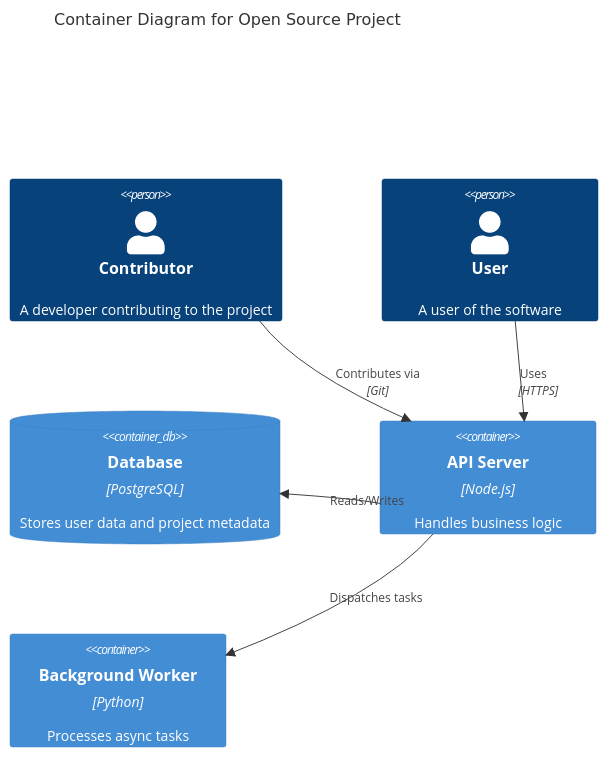
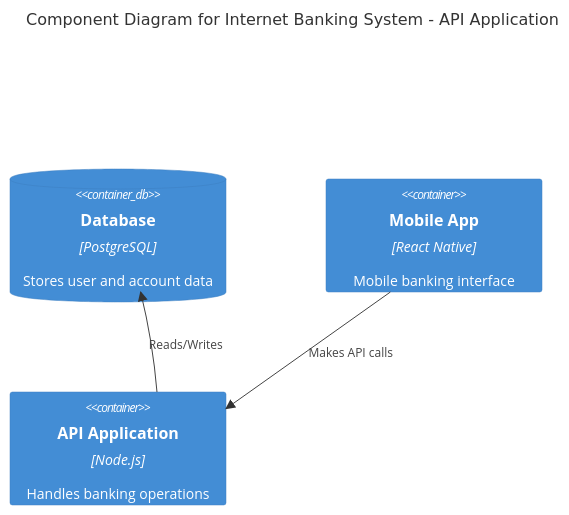
Before and after one commit to theluckystrike/ai-tools-compared: the second of 3 diagrams in articles/best-ai-for-creating-open-source-project-architecture-docume.md, drawn with Mermaid. The commit also changed other lines of this file, not shown here.

Commit message:
Add: best ai for creating open source project architecture documentation

````diff
--- a/articles/best-ai-for-creating-open-source-project-architecture-docume.md
+++ b/articles/best-ai-for-creating-open-source-project-architecture-docume.md
@@ -104,16 +165,11 @@
 ```mermaid
-C4Container
-    title Container Diagram for Open Source Project
-    
-    Person(contributor, "Contributor", "A developer contributing to the project")
-    Person(user, "User", "A user of the software")
-    
-    ContainerDb(db, "Database", "PostgreSQL", "Stores user data and project metadata")
-    Container(api, "API Server", "Node.js", "Handles business logic")
-    Container(worker, "Background Worker", "Python", "Processes async tasks")
-    
-    Rel(user, api, "Uses", "HTTPS")
-    Rel(contributor, api, "Contributes via", "Git")
-    Rel(api, db, "Reads/Writes")
-    Rel(api, worker, "Dispatches tasks")
+C4Component
+  title Component Diagram for Internet Banking System - API Application
+  
+  ContainerDb(db, "Database", "PostgreSQL", "Stores user and account data")
+  Container(mobile, "Mobile App", "React Native", "Mobile banking interface")
+  Container(api, "API Application", "Node.js", "Handles banking operations")
+  
+  Rel(mobile, api, "Makes API calls")
+  Rel(api, db, "Reads/Writes")
 ```
````
